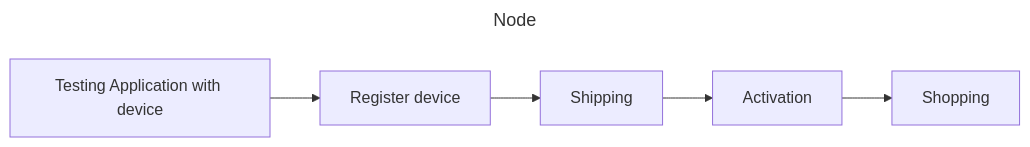
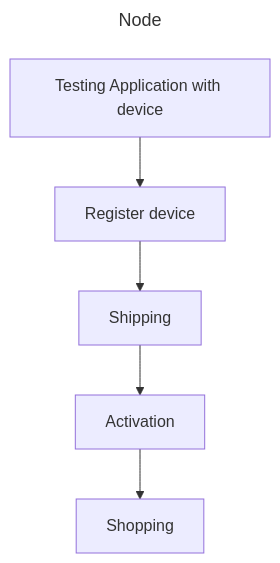
The diagram in SkipQ/TO-DO 18-May-2026/README.MD (Ayush750502/PrologicTechnologies2025), drawn with Mermaid before and after one commit.

````diff
--- a/SkipQ/TO-DO 18-May-2026/README.MD
+++ b/SkipQ/TO-DO 18-May-2026/README.MD
@@ -7,14 +7,14 @@
 ```mermaid
 ---
 title: Node
 ---
-flowchart LR
+flowchart TD
 	A[Testing Application with device]
 	B[Register device]
 	C[Shipping]
 	D[Activation]
 	E[Shopping]
 
 	A --> B --> C --> D --> E
 
 ```
````
